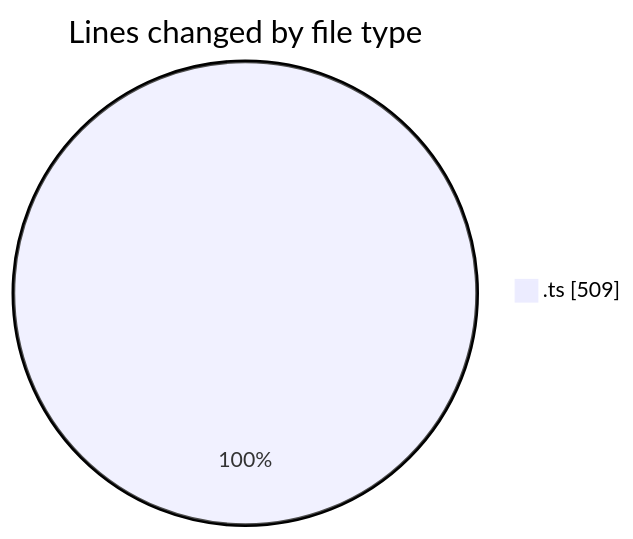
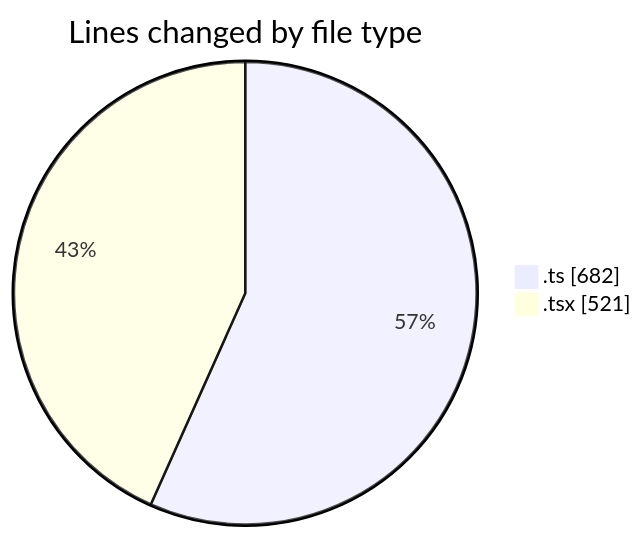
One commit to nxtqubesakshisongat/code-tracking changed the first of 2 diagrams in 2026-03-23/nxtqube_webapp/README.md. Above: the diagram before and after it, drawn with Mermaid. The commit also changed other lines of this file and 1 other file, not shown here.

````diff
--- a/2026-03-23/nxtqube_webapp/README.md
+++ b/2026-03-23/nxtqube_webapp/README.md
@@ -20,5 +22,6 @@
 ```mermaid
 pie showData
 title Lines changed by file type
-".ts" : 509
+".ts" : 682
+".tsx" : 521
 ```
````
